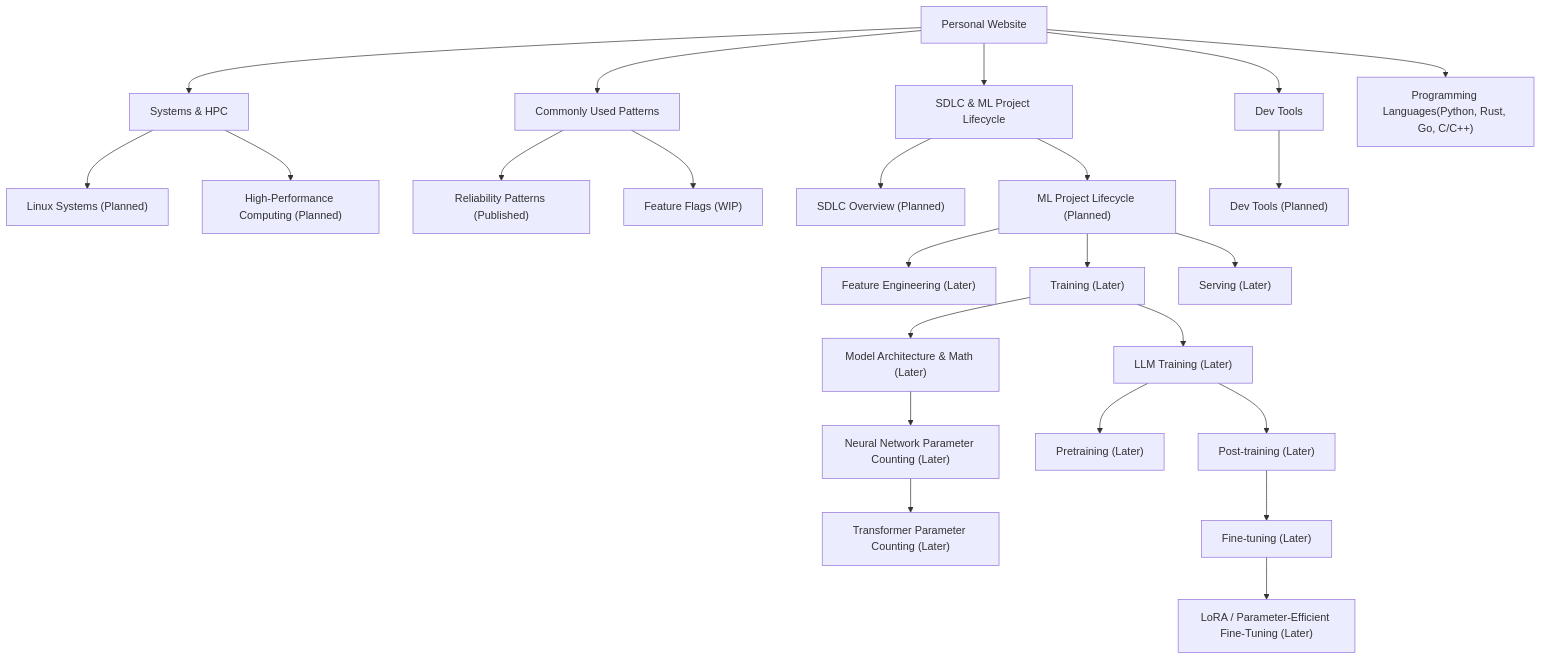
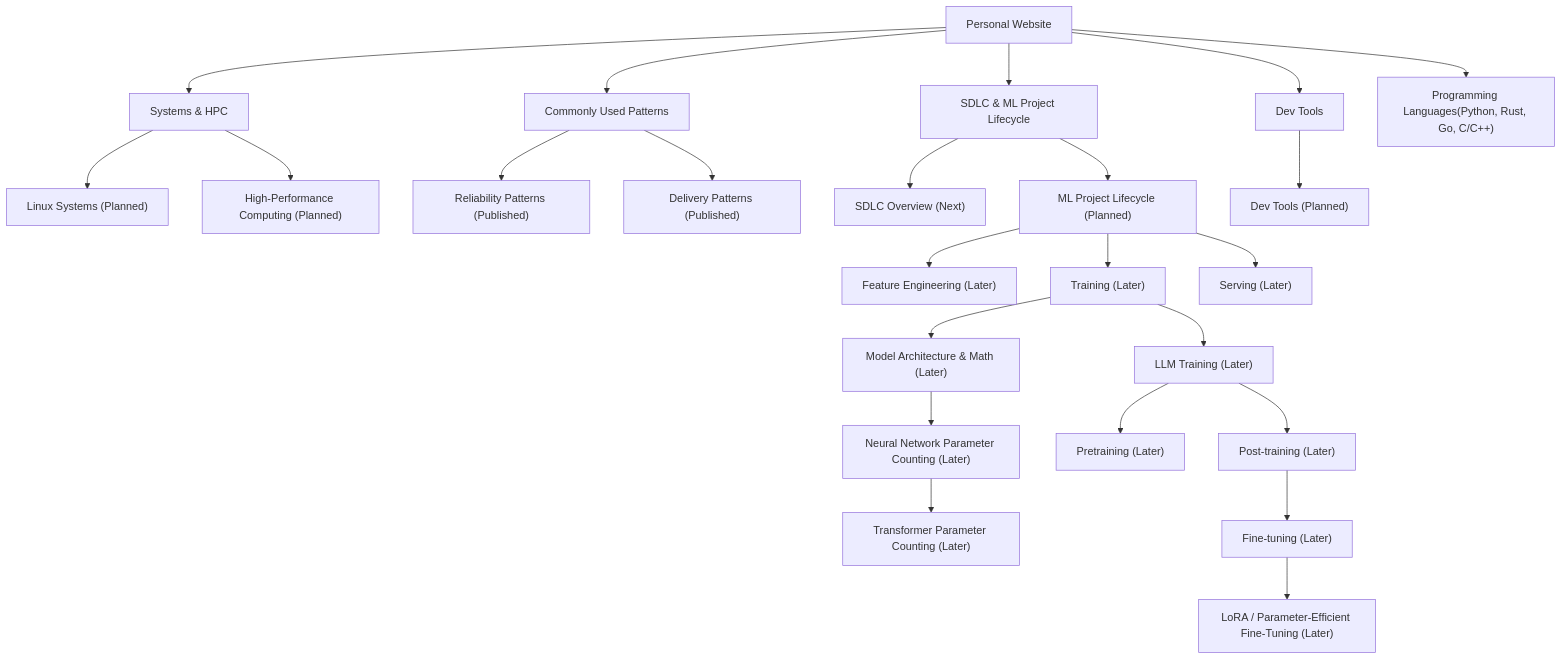
One commit to HCharlie/HCharlie.github.io changed the diagram in src/roadmap/index.md. Above: the diagram before and after it, drawn with Mermaid. The commit also changed 1 other file, not shown here.

Commit message:
Set SDLC as the next roadmap topic

```diff
--- a/src/roadmap/index.md
+++ b/src/roadmap/index.md
@@ -11,50 +11,50 @@
 <pre class="mermaid">
 flowchart TD
     Site["Personal Website"]
     Patterns["Commonly Used Patterns"]
     Lifecycle["SDLC &amp; ML Project Lifecycle"]
     Tools["Dev Tools"]
     SystemsHPC["Systems &amp; HPC"]
     LinuxSystems["Linux Systems (Planned)"]
     HPC["High-Performance Computing (Planned)"]
     Languages["Programming Languages(Python, Rust, Go, C/C++)"]
     Reliability["Reliability Patterns (Published)"]
-    FeatureFlags["Feature Flags (WIP)"]
-    SDLC["SDLC Overview (Planned)"]
+    DeliveryPatterns["Delivery Patterns (Published)"]
+    SDLC["SDLC Overview (Next)"]
     ML["ML Project Lifecycle (Planned)"]
     FeatureEngineering["Feature Engineering (Later)"]
     Training["Training (Later)"]
     ModelMath["Model Architecture &amp; Math (Later)"]
     ParameterCounting["Neural Network Parameter Counting (Later)"]
     TransformerParams["Transformer Parameter Counting (Later)"]
     LLMTraining["LLM Training (Later)"]
     Pretraining["Pretraining (Later)"]
     PostTraining["Post-training (Later)"]
     FineTuning["Fine-tuning (Later)"]
     LoRA["LoRA / Parameter-Efficient Fine-Tuning (Later)"]
     Serving["Serving (Later)"]
 
     Site --> Patterns
     Site --> Lifecycle
     Site --> Tools
     Site --> SystemsHPC
     SystemsHPC --> LinuxSystems
     SystemsHPC --> HPC
     Site --> Languages
     Patterns --> Reliability
-    Patterns --> FeatureFlags
+    Patterns --> DeliveryPatterns
     Lifecycle --> SDLC
     Lifecycle --> ML
     Tools --> DevTools["Dev Tools (Planned)"]
     ML --> FeatureEngineering
     ML --> Training
     ML --> Serving
     Training --> ModelMath
     ModelMath --> ParameterCounting
     ParameterCounting --> TransformerParams
     Training --> LLMTraining
     LLMTraining --> Pretraining
     LLMTraining --> PostTraining
     PostTraining --> FineTuning
     FineTuning --> LoRA
 </pre>
```
